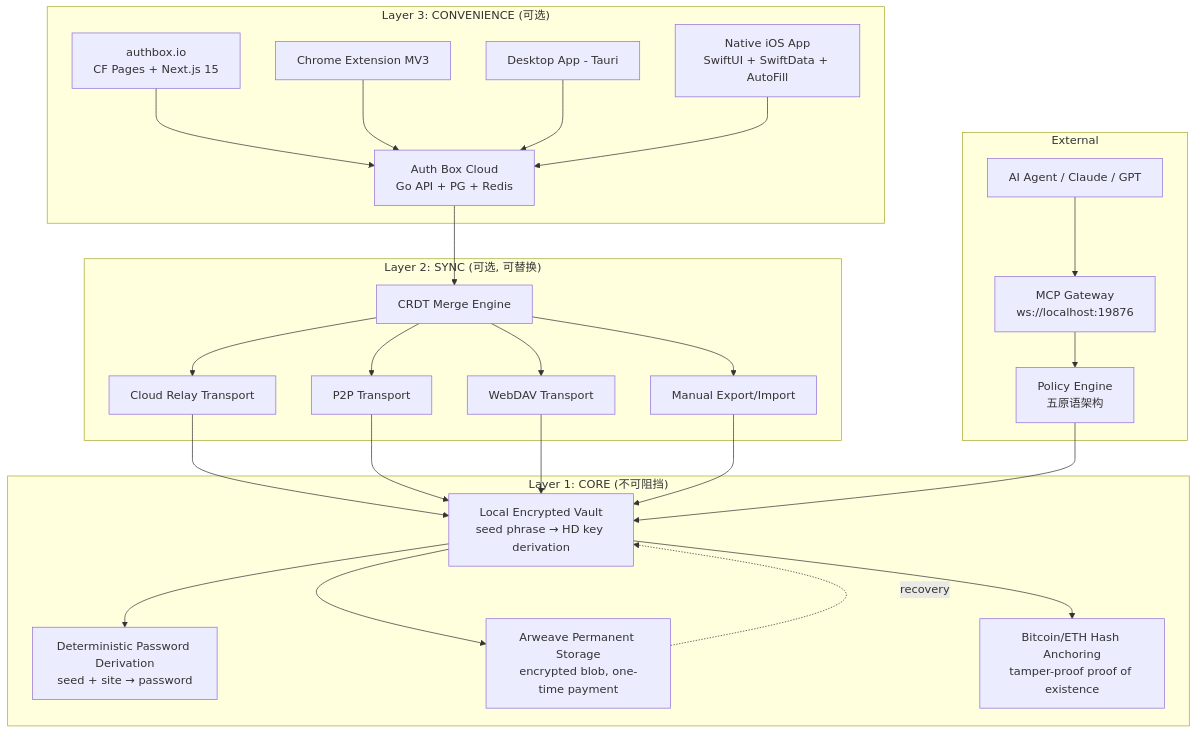
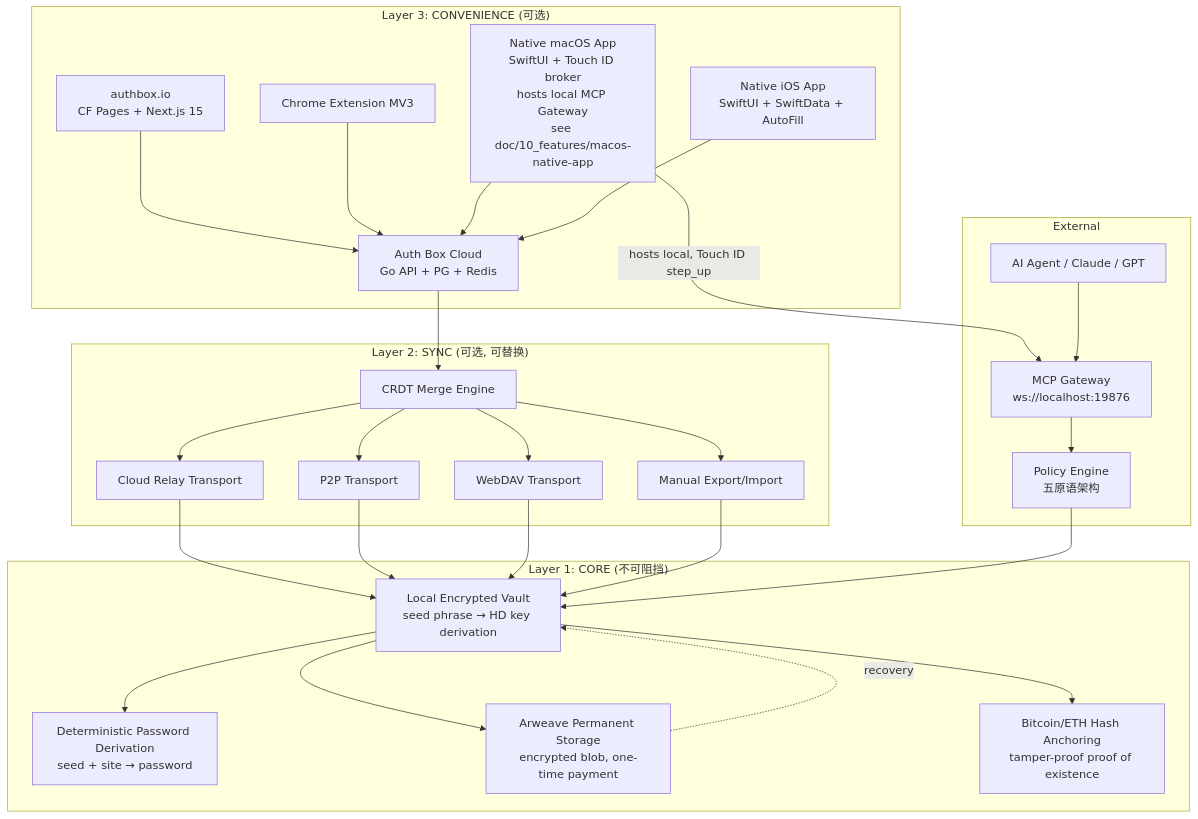
One commit to MARUCIE/authbox changed the first of 7 diagrams in doc/00_project/initiative_10_auth_box/SYSTEM_ARCHITECTURE.md. Above: the diagram before and after it, drawn with Mermaid. The commit also changed 5 other files, not shown here.

First line of the commit message:
docs(macos): architecture for native macOS app (vault + AI provider hub + auth broker)

````diff
--- a/doc/00_project/initiative_10_auth_box/SYSTEM_ARCHITECTURE.md
+++ b/doc/00_project/initiative_10_auth_box/SYSTEM_ARCHITECTURE.md
@@ -49,56 +49,57 @@
 ```mermaid
 graph TD
     subgraph "Layer 3: CONVENIENCE (可选)"
         CLOUD[Auth Box Cloud<br/>Go API + PG + Redis]
         WEB[authbox.io<br/>CF Pages + Next.js 15]
         EXT[Chrome Extension MV3]
-        DESK[Desktop App - Tauri]
+        MAC[Native macOS App<br/>SwiftUI + Touch ID broker<br/>hosts local MCP Gateway<br/>see doc/10_features/macos-native-app]
         MOBILE[Native iOS App<br/>SwiftUI + SwiftData + AutoFill]
     end
 
     subgraph "Layer 2: SYNC (可选, 可替换)"
         CRDT[CRDT Merge Engine]
         RELAY[Cloud Relay Transport]
         P2P[P2P Transport]
         WEBDAV[WebDAV Transport]
         EXPORT[Manual Export/Import]
     end
 
     subgraph "Layer 1: CORE (不可阻挡)"
         VAULT[Local Encrypted Vault<br/>seed phrase → HD key derivation]
         DERIVE[Deterministic Password Derivation<br/>seed + site → password]
         ARWEAVE[Arweave Permanent Storage<br/>encrypted blob, one-time payment]
         ANCHOR[Bitcoin/ETH Hash Anchoring<br/>tamper-proof proof of existence]
     end
 
     subgraph "External"
         AGENT[AI Agent / Claude / GPT]
         MCP_SRV[MCP Gateway<br/>ws://localhost:19876]
         POLICY[Policy Engine<br/>五原语架构]
     end
 
     WEB --> CLOUD
     EXT --> CLOUD
-    DESK --> CLOUD
+    MAC --> CLOUD
+    MAC -->|hosts local, Touch ID step_up| MCP_SRV
     MOBILE --> CLOUD
 
     CLOUD --> CRDT
     CRDT --> RELAY
     CRDT --> P2P
     CRDT --> WEBDAV
     CRDT --> EXPORT
 
     RELAY --> VAULT
     P2P --> VAULT
     WEBDAV --> VAULT
     EXPORT --> VAULT
 
     VAULT --> DERIVE
     VAULT --> ARWEAVE
     VAULT --> ANCHOR
     ARWEAVE -.->|recovery| VAULT
 
     AGENT --> MCP_SRV
     MCP_SRV --> POLICY
     POLICY --> VAULT
 ```
````
